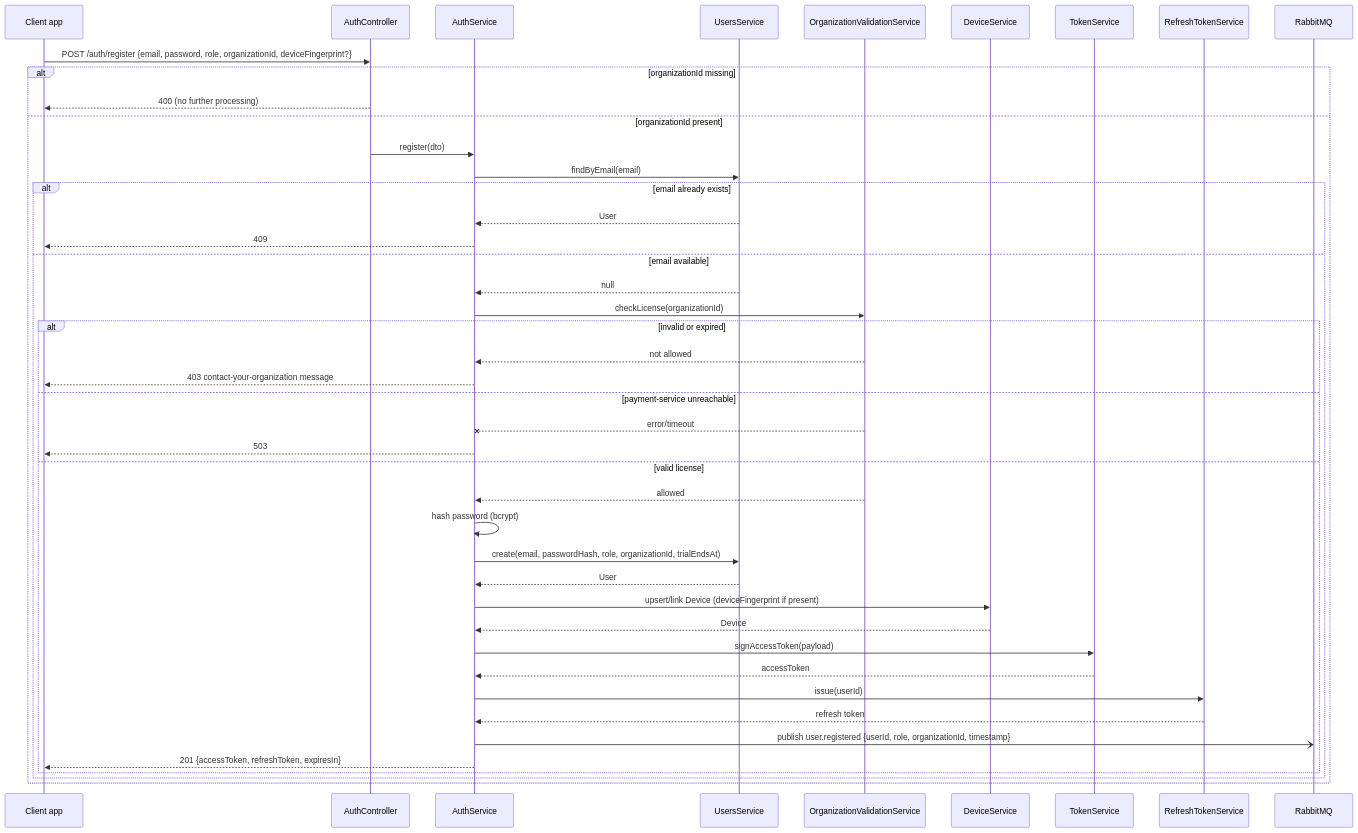
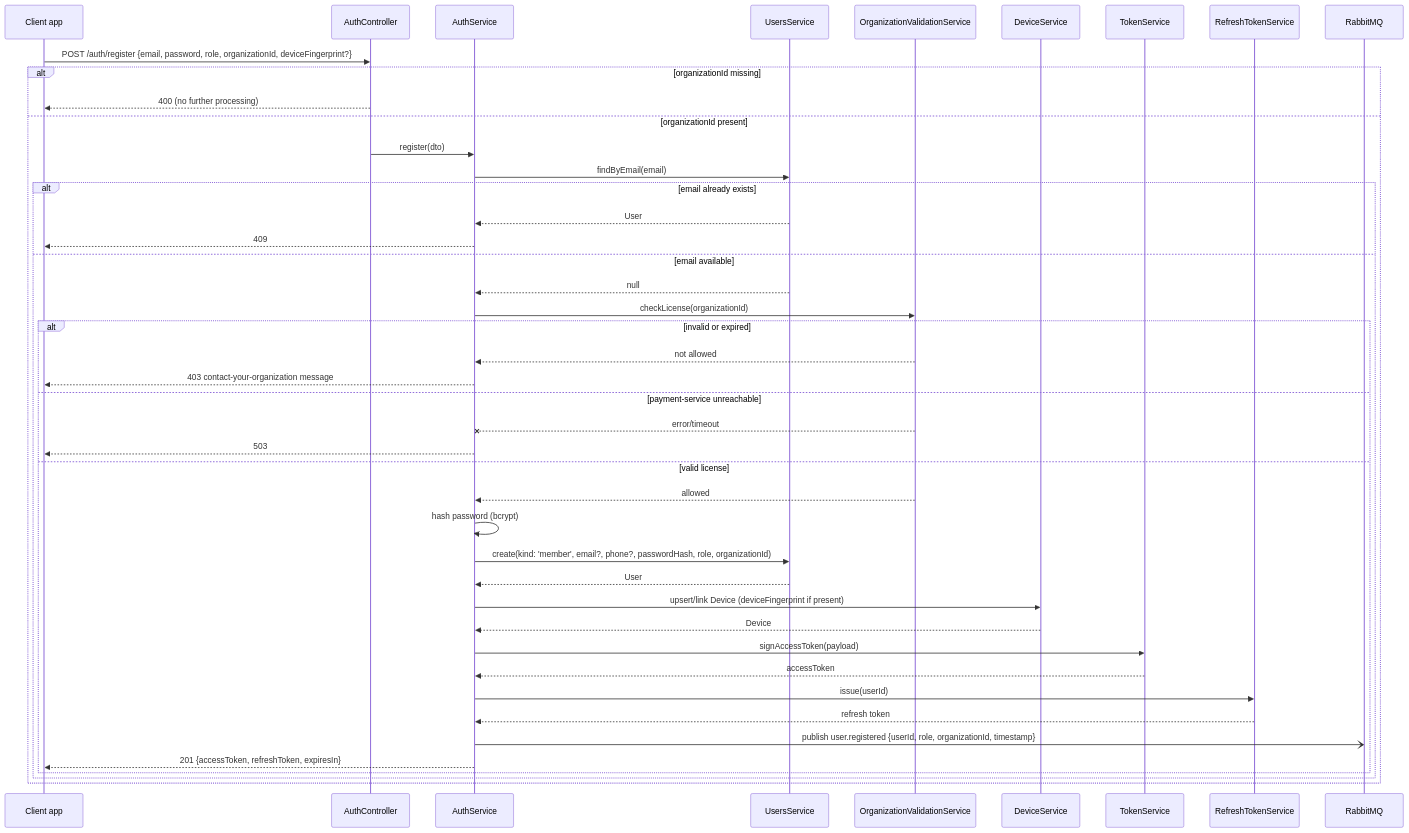
Before and after one commit to nawara-solutions/nawara-core: the seventh of 24 diagrams in docs/sdd/auth-service.md, drawn with Mermaid. The commit also changed other lines of this file and 104 other files, not shown here.

````diff
--- a/docs/sdd/auth-service.md
+++ b/docs/sdd/auth-service.md
@@ -1093,47 +2383,47 @@
 ```mermaid
 sequenceDiagram
     participant App as Client app
     participant AC as AuthController
     participant AS as AuthService
     participant US as UsersService
     participant OVS as OrganizationValidationService
     participant DS as DeviceService
     participant TS as TokenService
     participant RTS as RefreshTokenService
     participant Broker as RabbitMQ
 
     App->>AC: POST /auth/register {email, password, role, organizationId, deviceFingerprint?}
     alt organizationId missing
         AC-->>App: 400 (no further processing)
     else organizationId present
         AC->>AS: register(dto)
         AS->>US: findByEmail(email)
         alt email already exists
             US-->>AS: User
             AS-->>App: 409
         else email available
             US-->>AS: null
             AS->>OVS: checkLicense(organizationId)
             alt invalid or expired
                 OVS-->>AS: not allowed
                 AS-->>App: 403 contact-your-organization message
             else payment-service unreachable
                 OVS--xAS: error/timeout
                 AS-->>App: 503
             else valid license
                 OVS-->>AS: allowed
                 AS->>AS: hash password (bcrypt)
-                AS->>US: create(email, passwordHash, role, organizationId, trialEndsAt)
+                AS->>US: create(kind: 'member', email?, phone?, passwordHash, role, organizationId)
                 US-->>AS: User
                 AS->>DS: upsert/link Device (deviceFingerprint if present)
                 DS-->>AS: Device
                 AS->>TS: signAccessToken(payload)
                 TS-->>AS: accessToken
                 AS->>RTS: issue(userId)
                 RTS-->>AS: refresh token
                 AS-)Broker: publish user.registered {userId, role, organizationId, timestamp}
                 AS-->>App: 201 {accessToken, refreshToken, expiresIn}
             end
         end
     end
 ```
````
